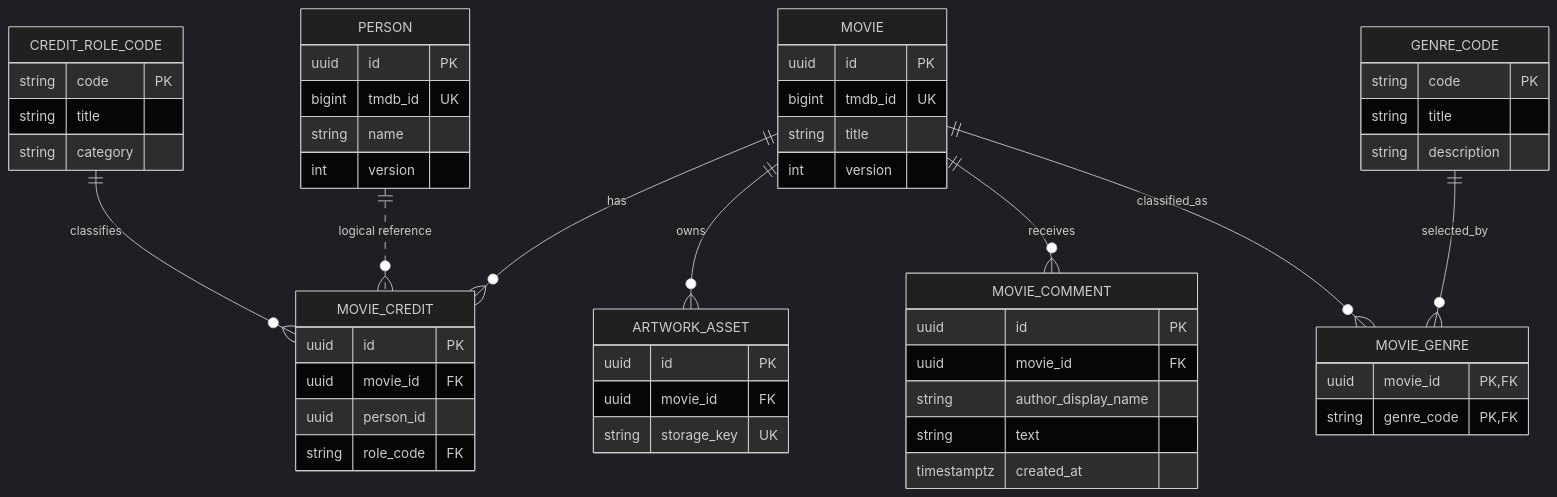
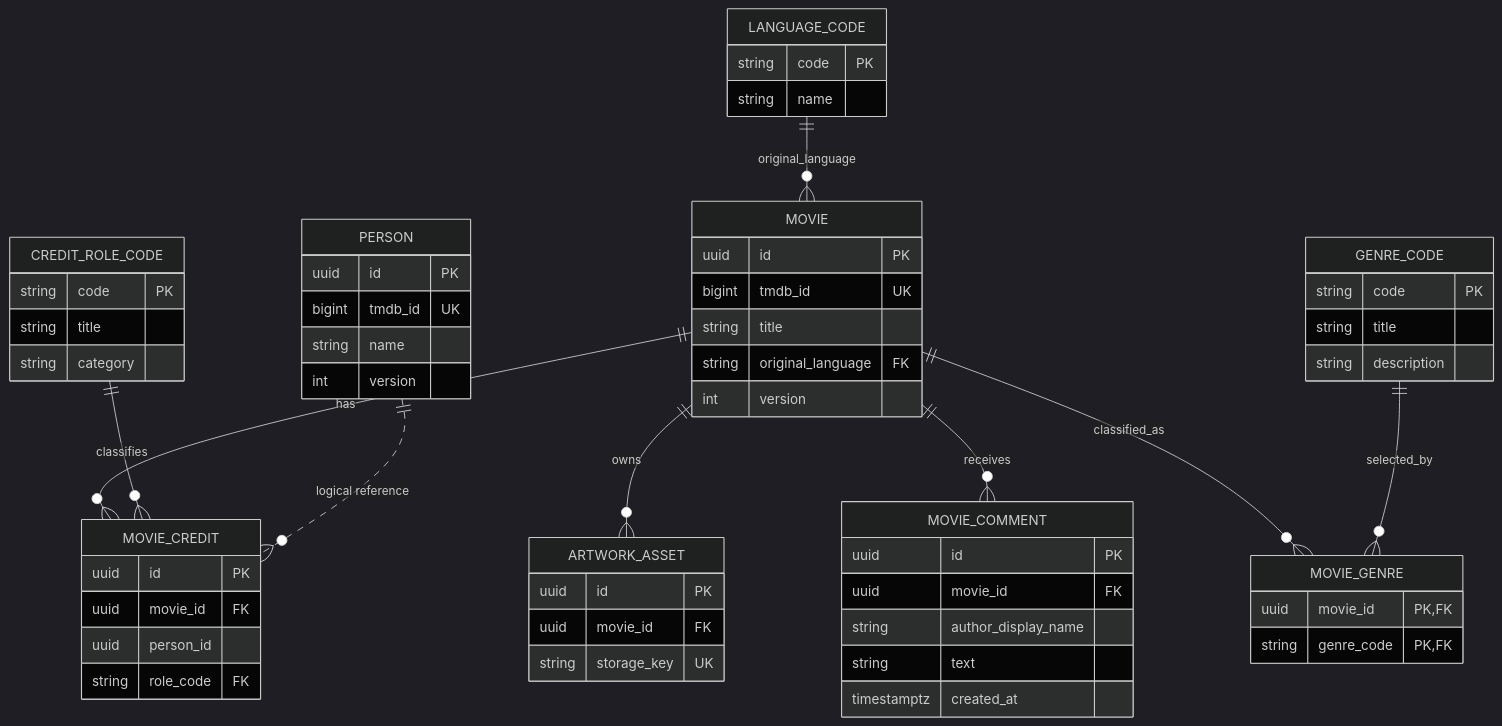
The diagram in docs/architecture/data-model.md (harunoyukidane/moviedb), drawn with Mermaid (dark theme) before and after one commit. The commit also changed other lines of this file and 29 other files, not shown here.

````diff
--- a/docs/architecture/data-model.md
+++ b/docs/architecture/data-model.md
@@ -16,54 +16,60 @@
 ```mermaid
 erDiagram
     MOVIE ||--o{ MOVIE_CREDIT : has
     MOVIE ||--o{ ARTWORK_ASSET : owns
     MOVIE ||--o{ MOVIE_COMMENT : receives
     MOVIE ||--o{ MOVIE_GENRE : classified_as
     GENRE_CODE ||--o{ MOVIE_GENRE : selected_by
     CREDIT_ROLE_CODE ||--o{ MOVIE_CREDIT : classifies
+    LANGUAGE_CODE ||--o{ MOVIE : original_language
     PERSON ||..o{ MOVIE_CREDIT : "logical reference"
     MOVIE {
       uuid id PK
       bigint tmdb_id UK
       string title
+      string original_language FK
       int version
+    }
+    LANGUAGE_CODE {
+      string code PK
+      string name
     }
     MOVIE_CREDIT {
       uuid id PK
       uuid movie_id FK
       uuid person_id
       string role_code FK
     }
     CREDIT_ROLE_CODE {
       string code PK
       string title
       string category
     }
     MOVIE_GENRE {
       uuid movie_id PK,FK
       string genre_code PK,FK
     }
     GENRE_CODE {
       string code PK
       string title
       string description
     }
     PERSON {
       uuid id PK
       bigint tmdb_id UK
       string name
       int version
     }
     ARTWORK_ASSET {
       uuid id PK
       uuid movie_id FK
       string storage_key UK
     }
     MOVIE_COMMENT {
       uuid id PK
       uuid movie_id FK
       string author_display_name
       string text
       timestamptz created_at
     }
 ```
````
